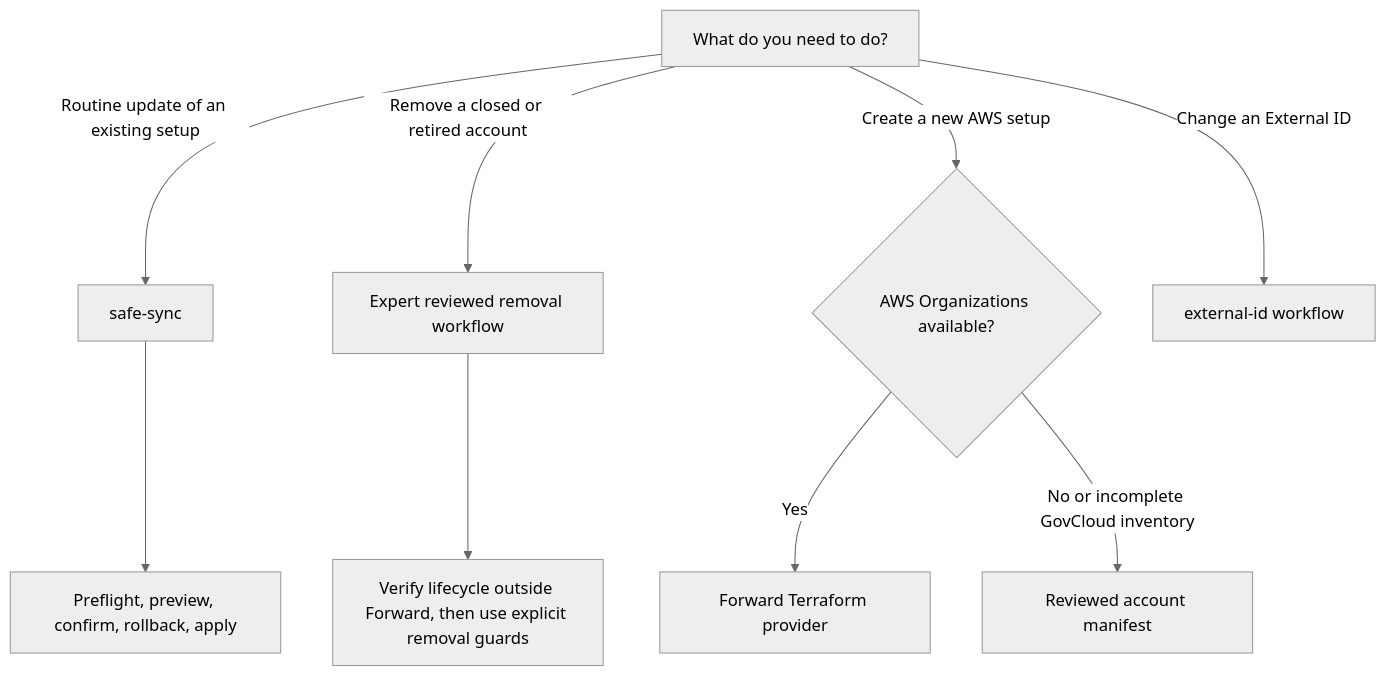
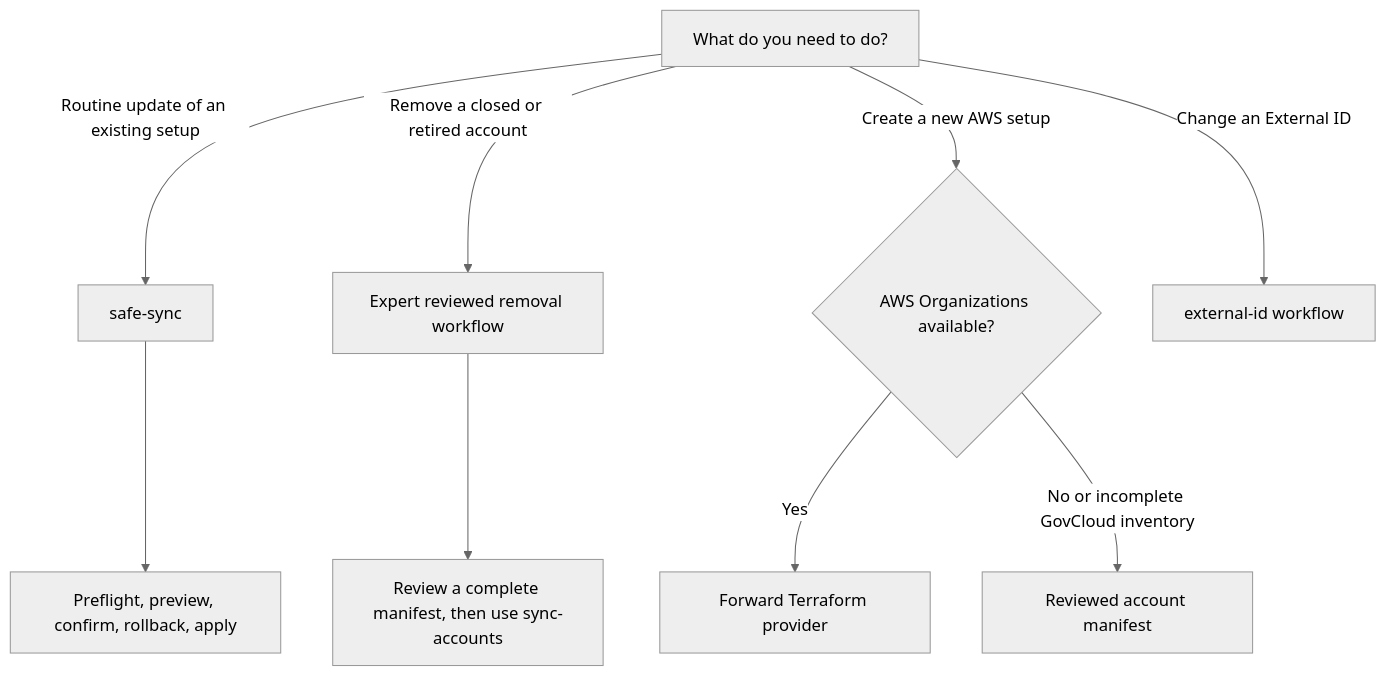
One commit to forwardnetworks/aws-sync changed the diagram in README.md. Above: the diagram before and after it, drawn with Mermaid (neutral theme). The commit also changed other lines of this file and 18 other files, not shown here.

````diff
--- a/README.md
+++ b/README.md
@@ -93,11 +93,11 @@
 ```mermaid
 flowchart TD
     A[What do you need to do?] -->|Routine update of an existing setup| B[safe-sync]
     A -->|Remove a closed or retired account| C[Expert reviewed removal workflow]
     A -->|Create a new AWS setup| D{AWS Organizations available?}
     A -->|Change an External ID| E[external-id workflow]
     D -->|Yes| F[Forward Terraform provider]
     D -->|No or incomplete GovCloud inventory| G[Reviewed account manifest]
     B --> H[Preflight, preview, confirm, rollback, apply]
-    C --> I[Verify lifecycle outside Forward, then use explicit removal guards]
+    C --> I[Review a complete manifest, then use sync-accounts]
 ```
````
